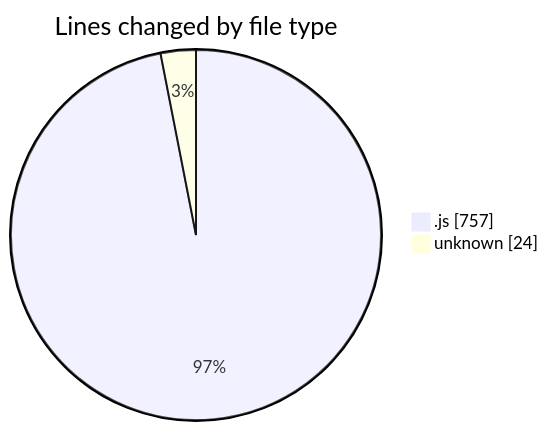
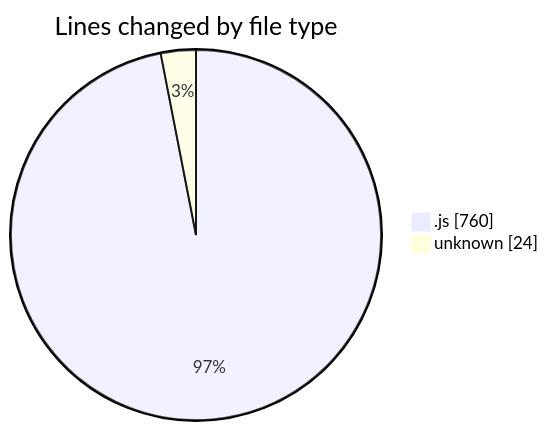
One commit to momahboobian/code-tracking changed the first of 2 diagrams in 2025-02-03/cda/README.md. Above: the diagram before and after it, drawn with Mermaid. The commit also changed other lines of this file and 1 other file, not shown here.

````diff
--- a/2025-02-03/cda/README.md
+++ b/2025-02-03/cda/README.md
@@ -24,6 +24,6 @@
 ```mermaid
 pie showData
 title Lines changed by file type
-".js" : 757
+".js" : 760
 "unknown" : 24
 ```
````
